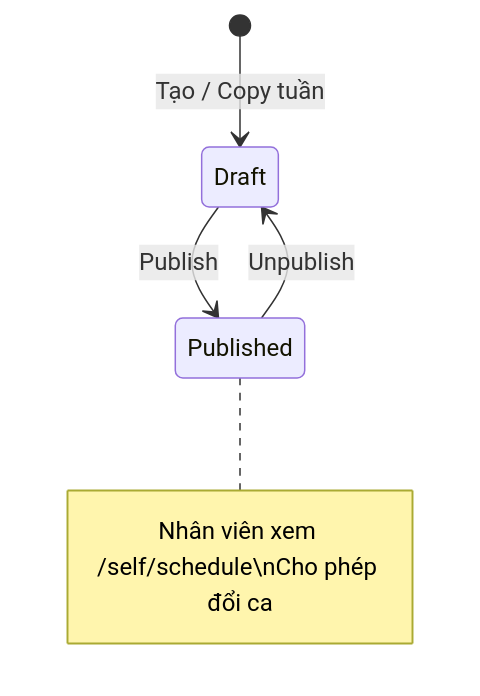
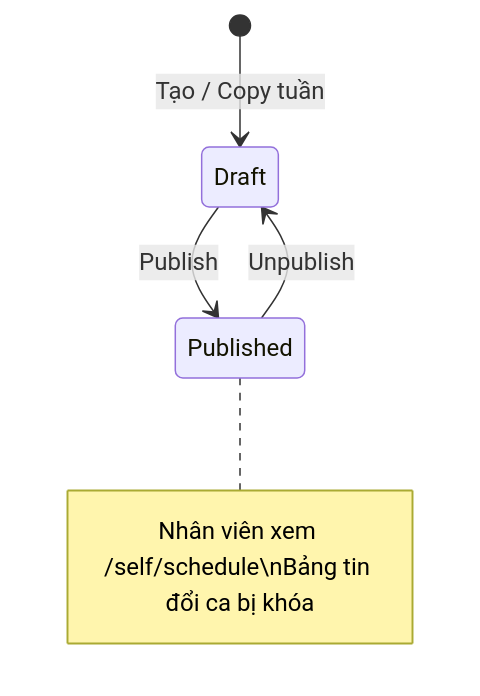
One commit to darrenak403/wokki-server changed the seventh of 17 diagrams in docs/vi/process-flows.md. Above: the diagram before and after it, drawn with Mermaid. The commit also changed other lines of this file and 78 other files, not shown here.

````diff
--- a/docs/vi/process-flows.md
+++ b/docs/vi/process-flows.md
@@ -68,7 +136,7 @@
 ```mermaid
 stateDiagram-v2
     [*] --> Draft: Tạo / Copy tuần
     Draft --> Published: Publish
     Published --> Draft: Unpublish
-    note right of Published: Nhân viên xem /self/schedule\nCho phép đổi ca
+    note right of Published: Nhân viên xem /self/schedule\nBảng tin đổi ca bị khóa
 ```
````
